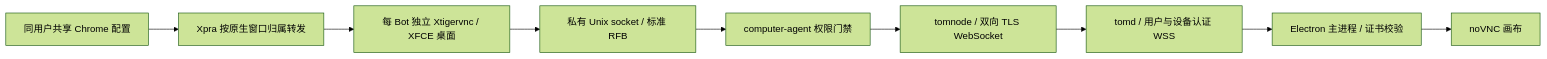
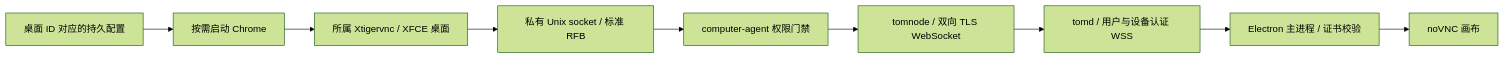
The diagram in server/docs/remote-desktop.md (yueeeeeeyang/tombot), drawn with Mermaid (forest theme) before and after one commit. The commit also changed other lines of this file and 196 other files, not shown here.

````diff
--- a/server/docs/remote-desktop.md
+++ b/server/docs/remote-desktop.md
@@ -5,11 +5,11 @@
 ```mermaid
 flowchart LR
-  Chrome[同用户共享 Chrome 配置] --> Windows[Xpra 按原生窗口归属转发]
-  Windows --> Desktop[每 Bot 独立 Xtigervnc / XFCE 桌面]
+  Profile[桌面 ID 对应的持久配置] --> Chrome[按需启动 Chrome]
+  Chrome --> Desktop[所属 Xtigervnc / XFCE 桌面]
   Desktop --> Socket[私有 Unix socket / 标准 RFB]
   Socket --> Agent[computer-agent 权限门禁]
   Agent --> Node[tomnode / 双向 TLS WebSocket]
   Node --> API[tomd / 用户与设备认证 WSS]
   API --> Client[Electron 主进程 / 证书校验]
   Client --> View[noVNC 画布]
 ```
````
